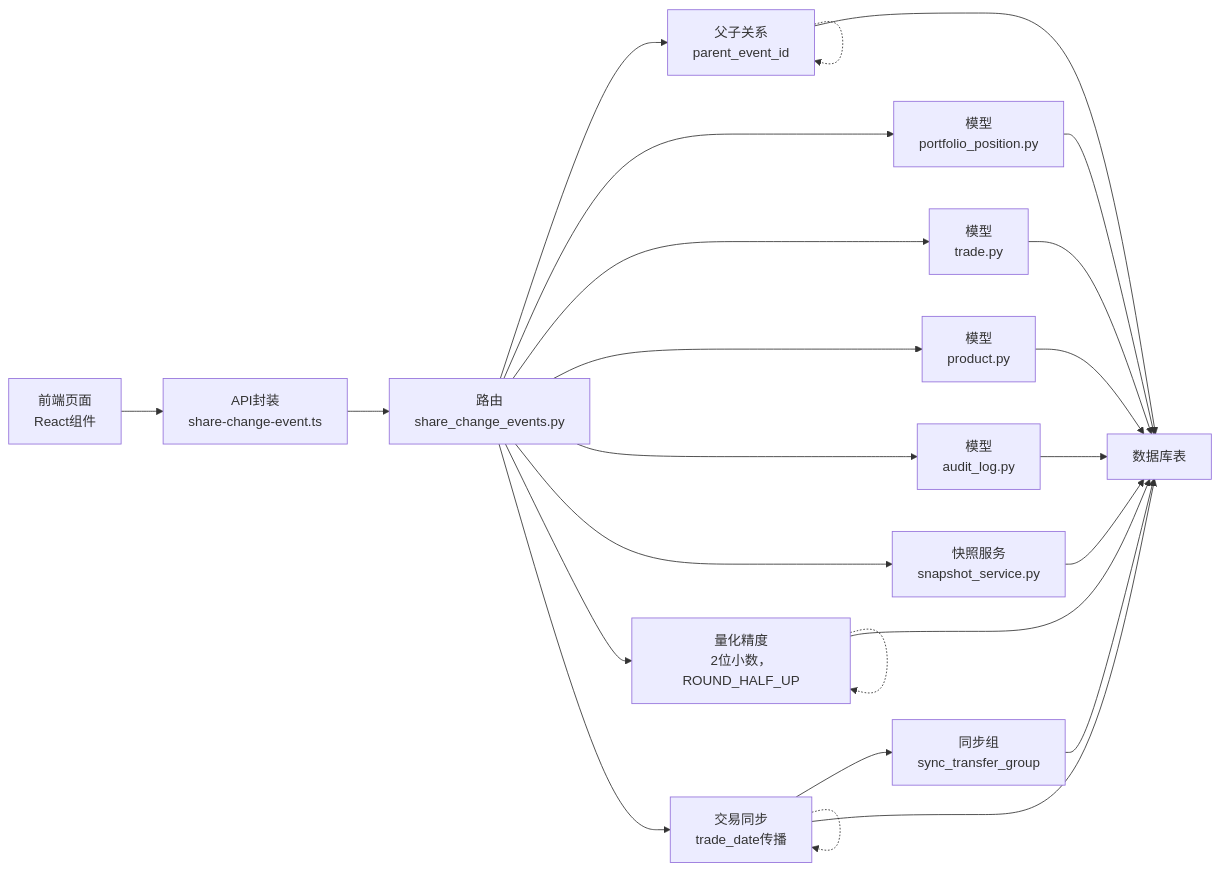
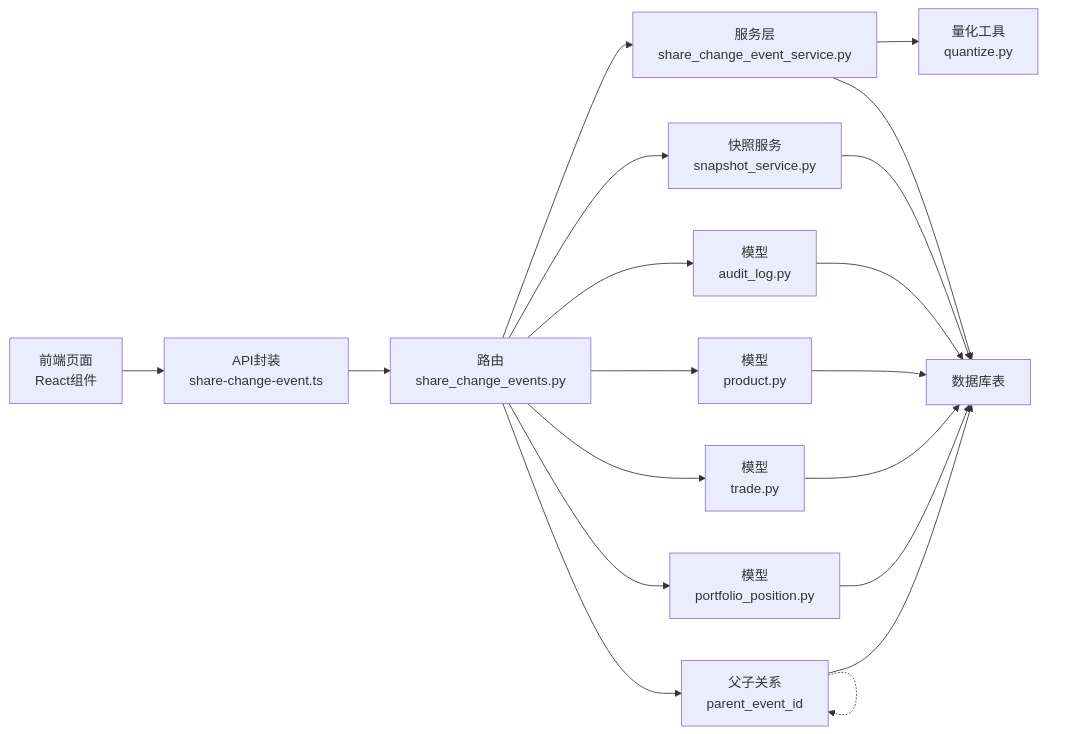
The third of 3 diagrams in .qoder/repowiki/zh/content/核心业务功能/份额变动事件.md (gujialind/InvestRing), drawn with Mermaid before and after one commit. The commit also changed other lines of this file and 65 other files, not shown here.

````diff
--- a/.qoder/repowiki/zh/content/核心业务功能/份额变动事件.md
+++ b/.qoder/repowiki/zh/content/核心业务功能/份额变动事件.md
@@ -468,26 +398,21 @@
 ```mermaid
 graph LR
 R["路由<br/>share_change_events.py"] --> M["模型<br/>share_change_event.py"]
 R --> P["模型<br/>portfolio_position.py"]
 R --> T["模型<br/>trade.py"]
 R --> PR["模型<br/>product.py"]
 R --> A["模型<br/>audit_log.py"]
 R --> SS["快照服务<br/>snapshot_service.py"]
-R --> Q["量化工具<br/>quantize.py"]
-R --> TS["交易服务<br/>trade_service.py"]
-TS --> STG["同步组<br/>sync_transfer_group"]
+R --> S["服务层<br/>share_change_event_service.py"]
+S --> Q["量化工具<br/>quantize.py"]
 M --> DB["数据库表"]
 P --> DB
 T --> DB
 PR --> DB
 A --> DB
 SS --> DB
-Q --> DB
-TS --> DB
-STG --> DB
+S --> DB
 FE["前端页面<br/>React组件"] --> API["API封装<br/>share-change-event.ts"]
 API --> R
 M -.-> M["父子关系<br/>parent_event_id"]
-Q -.-> Q["量化精度<br/>2位小数，ROUND_HALF_UP"]
-TS -.-> TS["交易同步<br/>trade_date传播"]
 ```
````
